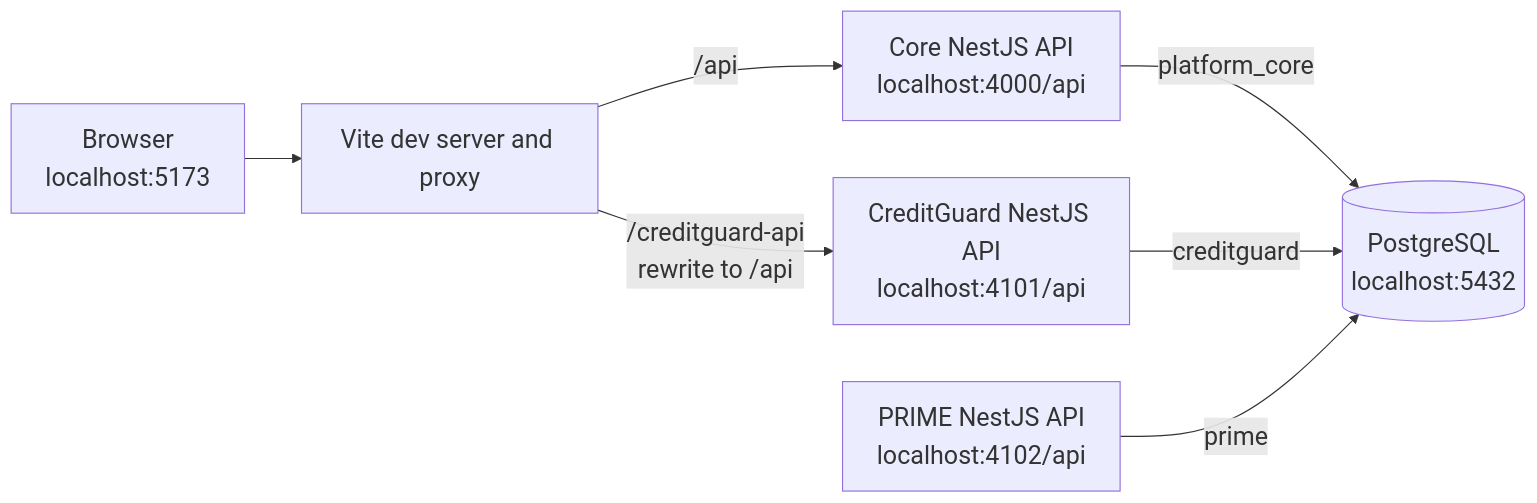
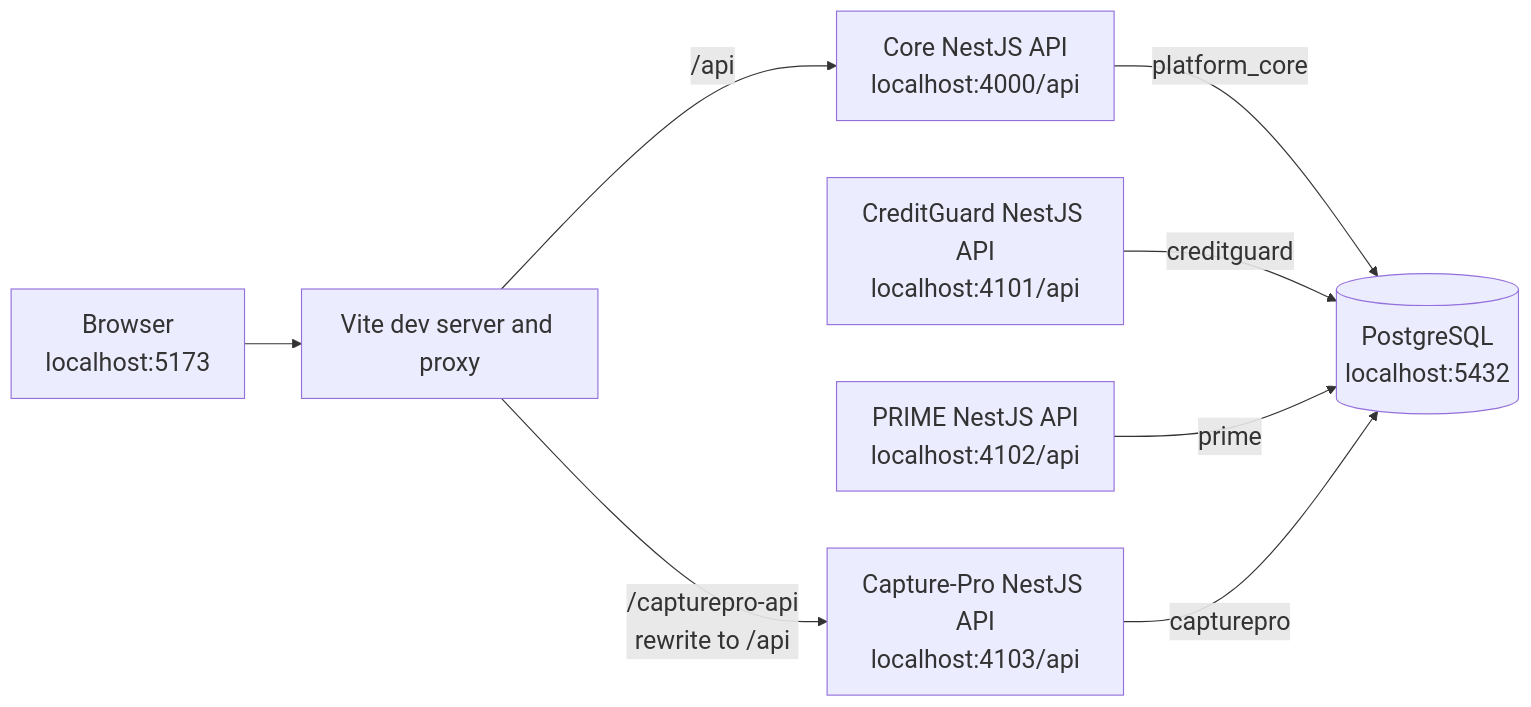
Before and after one commit to Pravpraskumar/OnePlatform: the third of 13 diagrams in docs/ARCHITECTURE.md, drawn with Mermaid. The commit also changed other lines of this file and 122 other files, not shown here.

````diff
--- a/docs/ARCHITECTURE.md
+++ b/docs/ARCHITECTURE.md
@@ -94,17 +95,19 @@
 ```mermaid
 %%{init: {"themeVariables": {"fontSize": "22px"}, "flowchart": {"useMaxWidth": false}, "sequence": {"useMaxWidth": false}, "state": {"useMaxWidth": false}}}%%
 flowchart LR
     Browser[Browser<br/>localhost:5173]
     Vite[Vite dev server and proxy]
     CoreAPI[Core NestJS API<br/>localhost:4000/api]
     CGAPI[CreditGuard NestJS API<br/>localhost:4101/api]
     PrimeAPI[PRIME NestJS API<br/>localhost:4102/api]
+    CaptureProAPI[Capture-Pro NestJS API<br/>localhost:4103/api]
     Postgres[(PostgreSQL<br/>localhost:5432)]
 
     Browser --> Vite
     Vite -->|/api| CoreAPI
-    Vite -->|/creditguard-api<br/>rewrite to /api| CGAPI
+    Vite -->|/capturepro-api<br/>rewrite to /api| CaptureProAPI
     CoreAPI -->|platform_core| Postgres
     CGAPI -->|creditguard| Postgres
     PrimeAPI -->|prime| Postgres
+    CaptureProAPI -->|capturepro| Postgres
 ```
````
